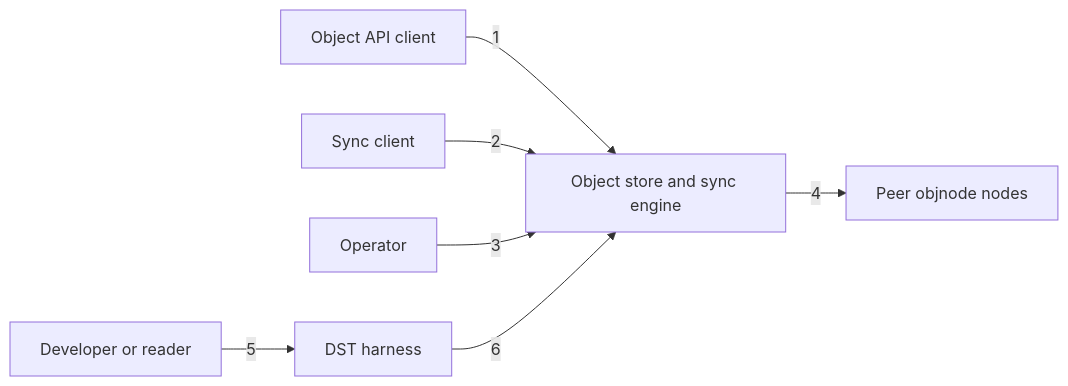
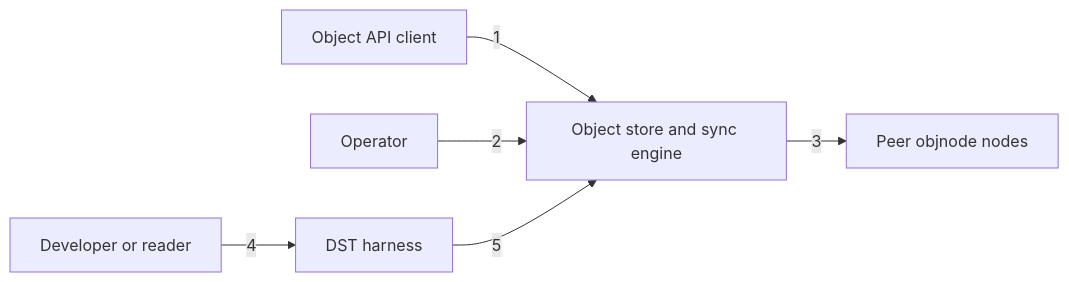
Before and after one commit to nickstrad/decentralized-object-store: the diagram in docs/c4/diagrams/01-system-context.mmd, drawn with Mermaid. The commit also changed 10 other files, not shown here.

First line of the commit message:
c4: final pass — remove the unbuilt sync client; every element is as built

```diff
--- a/docs/c4/diagrams/01-system-context.mmd
+++ b/docs/c4/diagrams/01-system-context.mmd
@@ -1,8 +1,7 @@
 %% draw-visual: -x 4 -y 1 -p 0
 graph LR
   CLIENT[Object API client] -->|1| STORE[Object store and sync engine]
-  SYNC[Sync client] -->|2| STORE
-  OPER[Operator] -->|3| STORE
-  DST[DST harness] -->|6| STORE
-  STORE -->|4| PEERS[Peer objnode nodes]
-  DEV[Developer or reader] -->|5| DST
+  OPER[Operator] -->|2| STORE
+  DST[DST harness] -->|5| STORE
+  STORE -->|3| PEERS[Peer objnode nodes]
+  DEV[Developer or reader] -->|4| DST
```
